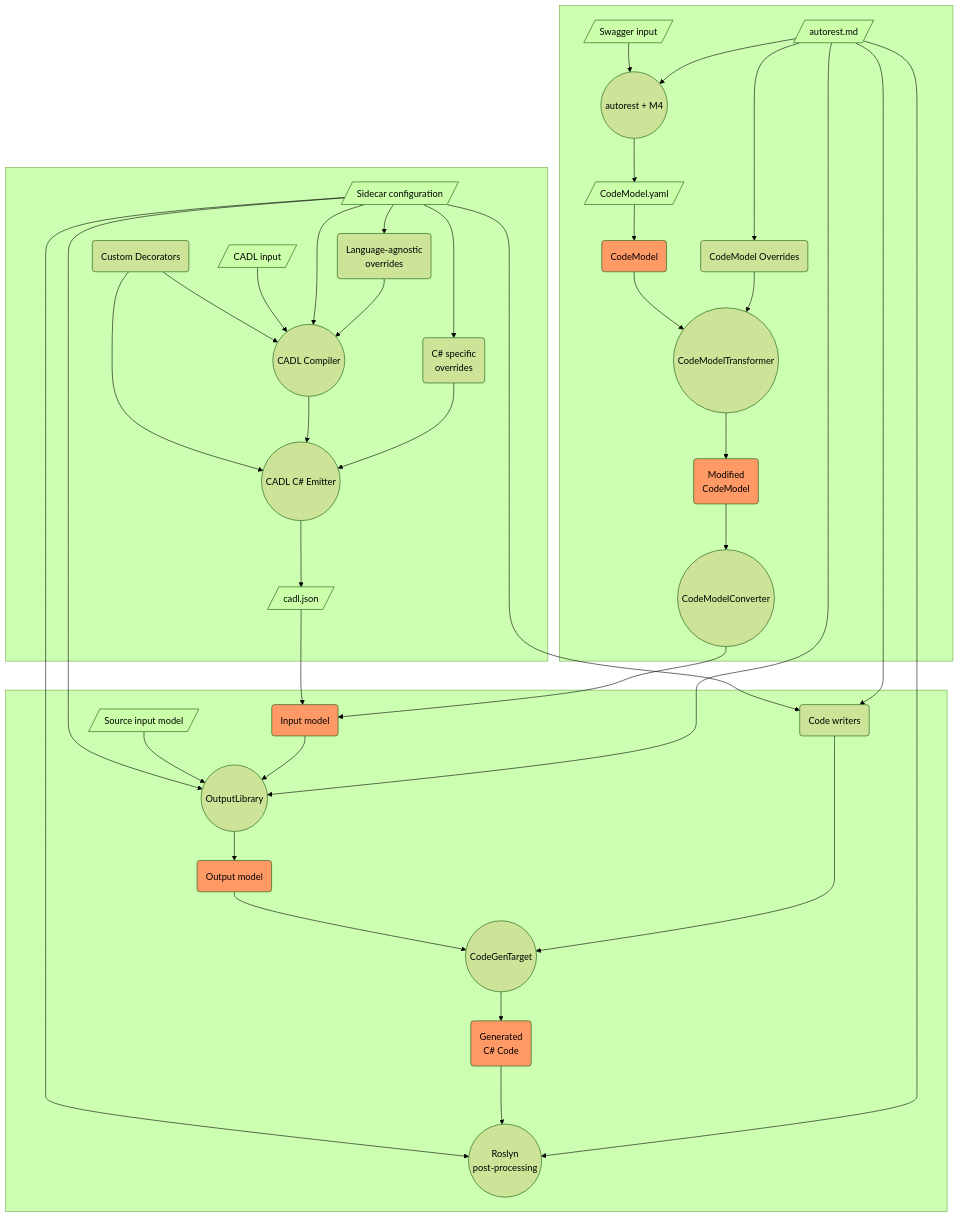
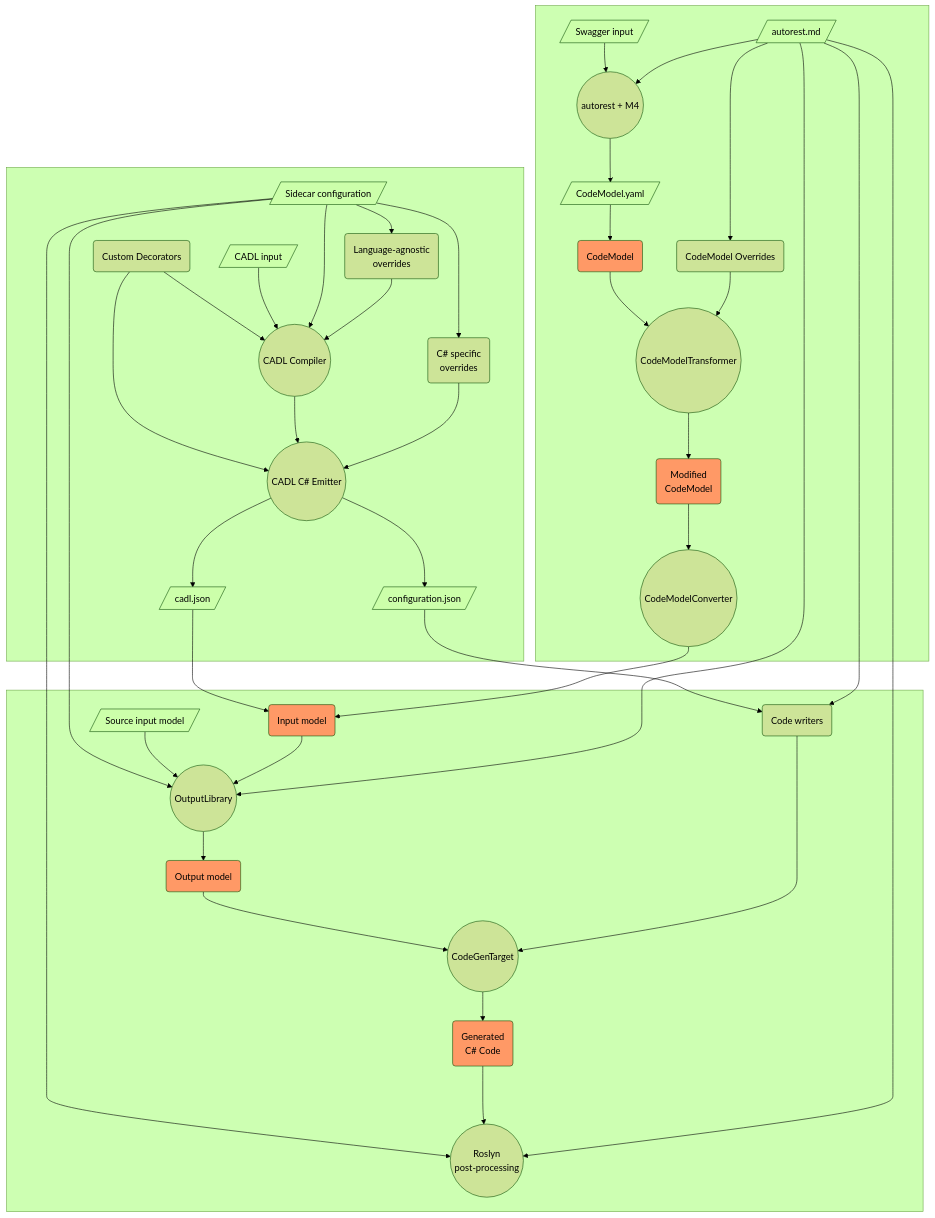
The diagram in docs/CADL.md (Azure/autorest.csharp), drawn with Mermaid (forest theme) before and after one commit.

Commit message:
Include `configuration.json` as a required part of pipeline

````diff
--- a/docs/CADL.md
+++ b/docs/CADL.md
@@ -55,39 +55,40 @@
 ```mermaid
 flowchart TB
     subgraph G1 [ ]
       C02(Custom Decorators) --> C10 & C20
       C00[/CADL input/]:::input --> C10
       C01[/Sidecar configuration/]:::input --> C10 & C11 & C21
       C10((CADL Compiler)) --> C20
       C11(Language-agnostic\noverrides) --> C10
-      C20((CADL C# Emitter)) --> C30
+      C20((CADL C# Emitter)) --> C30 & C31
       C21(C# specific\noverrides) --> C20
     end
     C30[/cadl.json/]:::input --> C40
-    C01 --> C50 & C61 & C90
+    C31[/configuration.json/]:::input --> C61
+    C01 --> C50 & C90
     subgraph G3 [ ]
       C41[/Source input model/]:::input --> C50
       C40(Input model):::data --> C50
       C50((OutputLibrary)) --> C60
       C60(Output model):::data --> C70
       C61(Code writers) --> C70
       C70((CodeGenTarget)) --> C80
       C80(Generated\nC# Code):::data ---> C90
       C90((Roslyn\npost-processing))
     end
     subgraph G2 [ ]
       S00[/Swagger input/]:::input --> S10
       S02[/autorest.md/]:::input --> S10
       S10((autorest + M4)) --> S30
       S40(CodeModel):::data --> S50
       S02 --> S41(CodeModel Overrides) -->  S50
       S50((CodeModelTransformer))--> S60
       S60(Modified\nCodeModel):::data --> S70
       S70((CodeModelConverter)) --> C40
     end
     S02 --> C50 & C61 & C90
     S30[/CodeModel.yaml/]:::input --> S40
 
     classDef input fill:#cfa;
     classDef data fill:#f96;
 ```
````
